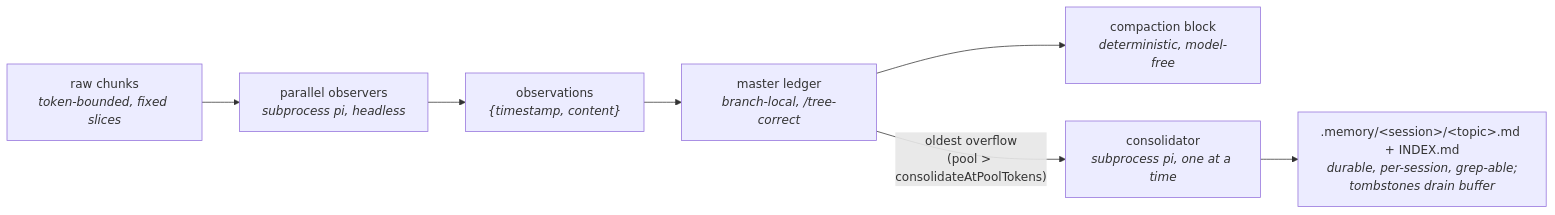
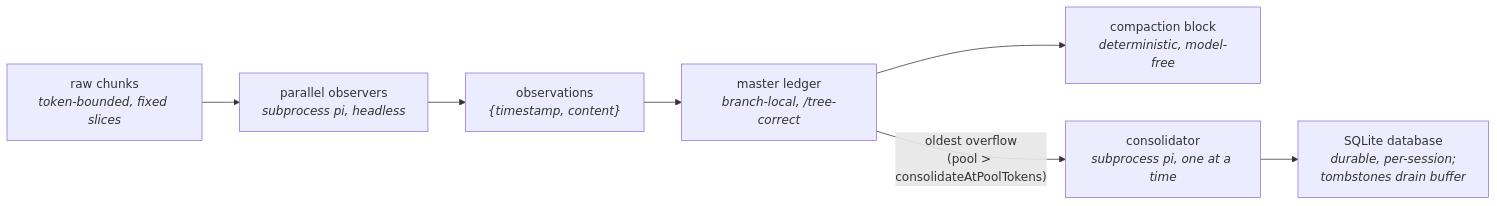
One commit to FRFlo/config-pi changed the diagram in extensions/observational-memory/README.md. Above: the diagram before and after it, drawn with Mermaid. The commit also changed other lines of this file and 8 other files, not shown here.

Commit message:
feat(observational-memory): stocker les mémoires en SQLite

````diff
--- a/extensions/observational-memory/README.md
+++ b/extensions/observational-memory/README.md
@@ -20,13 +20,13 @@
 ```mermaid
 flowchart LR
     A["raw chunks<br/><i>token-bounded, fixed slices</i>"]
     B["parallel observers<br/><i>subprocess pi, headless</i>"]
     C["observations<br/><i>{timestamp, content}</i>"]
     D["master ledger<br/><i>branch-local, /tree-correct</i>"]
     E["compaction block<br/><i>deterministic, model-free</i>"]
     F["consolidator<br/><i>subprocess pi, one at a time</i>"]
-    G[".memory/&lt;session&gt;/&lt;topic&gt;.md + INDEX.md<br/><i>durable, per-session, grep-able;<br/>tombstones drain buffer</i>"]
+    G["SQLite database<br/><i>durable, per-session;<br/>tombstones drain buffer</i>"]
 
     A --> B --> C --> D --> E
     D -- "oldest overflow<br/>(pool > consolidateAtPoolTokens)" --> F --> G
 ```
````
